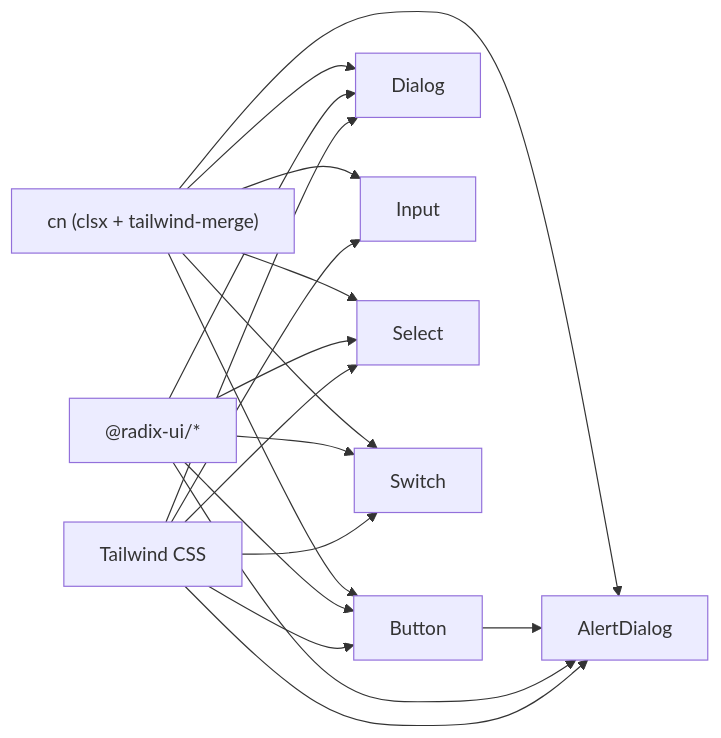
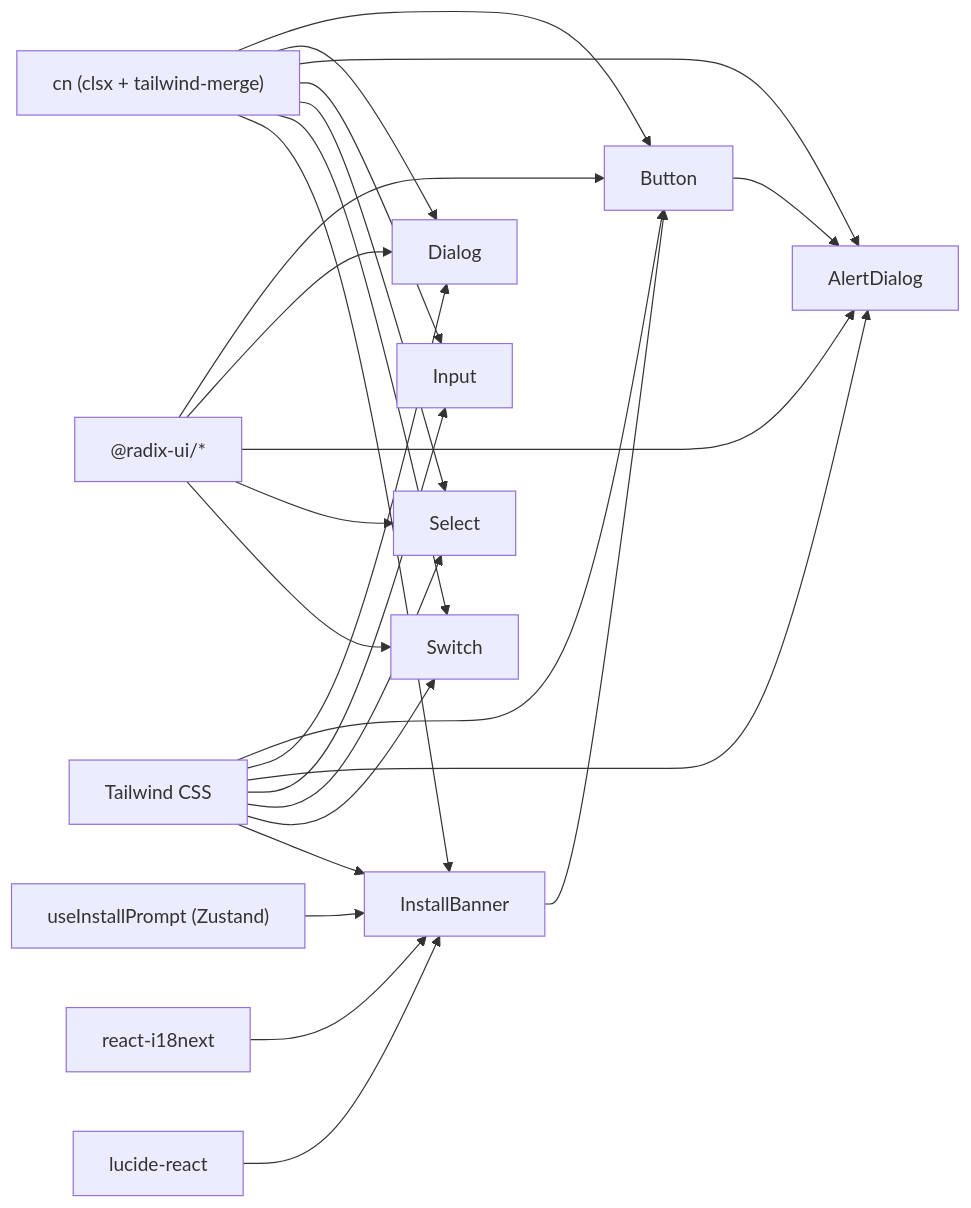
One commit to Yasir-019/ScanIQ changed the fifth of 5 diagrams in .qoder/repowiki/en/content/UI Components/UI Components.md. Above: the diagram before and after it, drawn with Mermaid. The commit also changed other lines of this file and 23 other files, not shown here.

````diff
--- a/.qoder/repowiki/en/content/UI Components/UI Components.md
+++ b/.qoder/repowiki/en/content/UI Components/UI Components.md
@@ -287,21 +391,27 @@
 ```mermaid
 graph LR
 Utils["cn (clsx + tailwind-merge)"] --> Button
 Utils --> Dialog
 Utils --> AlertDialog
 Utils --> Input
 Utils --> Select
 Utils --> Switch
+Utils --> InstallBanner
 Button --> AlertDialog
+InstallBanner --> Button
+UseInstallPrompt["useInstallPrompt (Zustand)"] --> InstallBanner
 Radix["@radix-ui/*"] --> Button
 Radix --> Dialog
 Radix --> AlertDialog
 Radix --> Select
 Radix --> Switch
 Tailwind["Tailwind CSS"] --> Button
 Tailwind --> Dialog
 Tailwind --> AlertDialog
 Tailwind --> Input
 Tailwind --> Select
 Tailwind --> Switch
+Tailwind --> InstallBanner
+i18n["react-i18next"] --> InstallBanner
+Lucide["lucide-react"] --> InstallBanner
 ```
````
